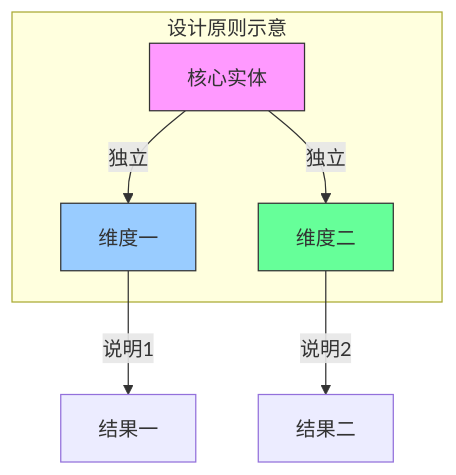
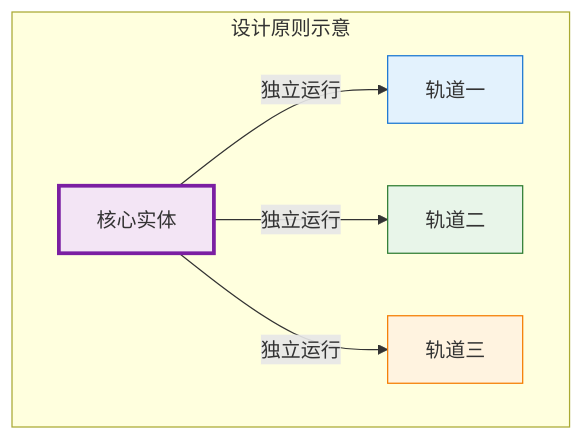
The first of 5 diagrams in prd-脚手架/prd.md (LinYuanxia/gongchengcang), drawn with Mermaid before and after one commit. The commit also changed other lines of this file and 57 other files, not shown here.

````diff
--- a/prd-脚手架/prd.md
+++ b/prd-脚手架/prd.md
@@ -53,12 +49,12 @@
 ```mermaid
 graph TB
     subgraph 设计原则示意
-        A[核心实体] -->|独立| B[维度一]
-        A -->|独立| C[维度二]
+        A[核心实体] -->|独立运行| B[轨道一]
+        A -->|独立运行| C[轨道二]
+        A -->|独立运行| D[轨道三]
     end
-    B -->|说明1| D[结果一]
-    C -->|说明2| E[结果二]
-    style A fill:#f9f,stroke:#333
-    style B fill:#9cf,stroke:#333
-    style C fill:#6f9,stroke:#333
+    style A fill:#f3e5f5,stroke:#7b1fa2,stroke-width:3px
+    style B fill:#e3f2fd,stroke:#1976d2
+    style C fill:#e8f5e9,stroke:#2e7d32
+    style D fill:#fff3e0,stroke:#f57c00
 ```
````
